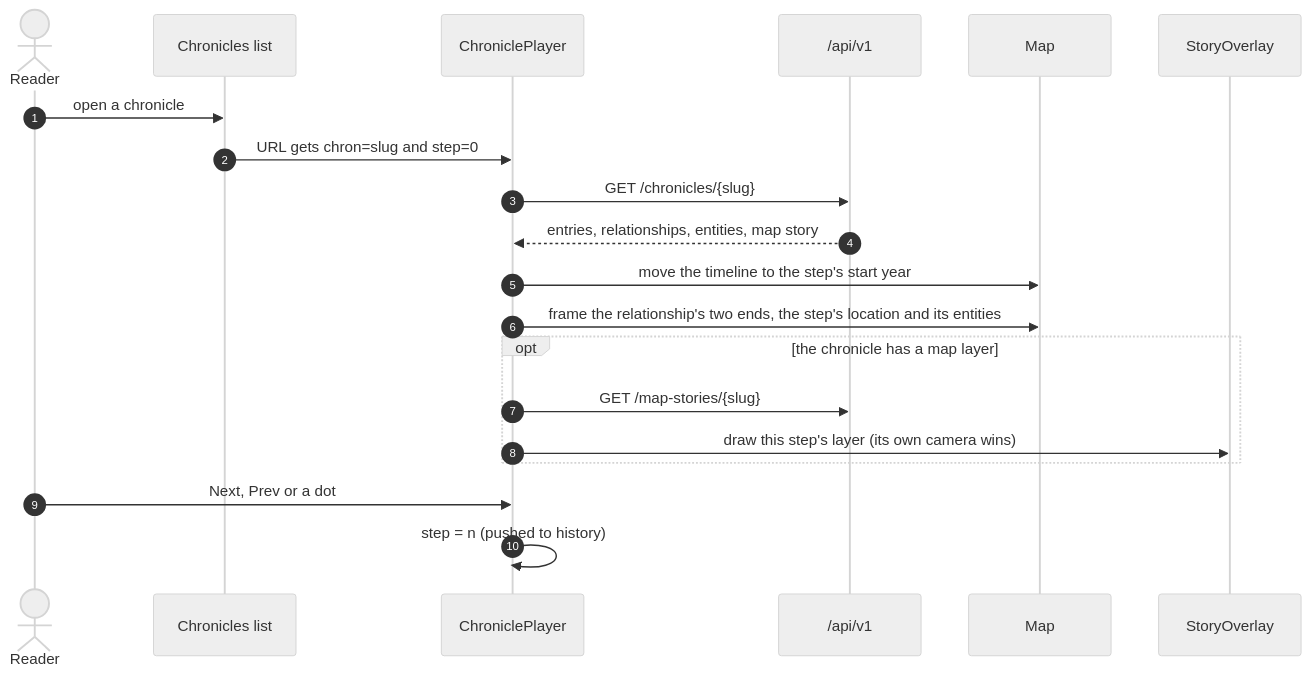
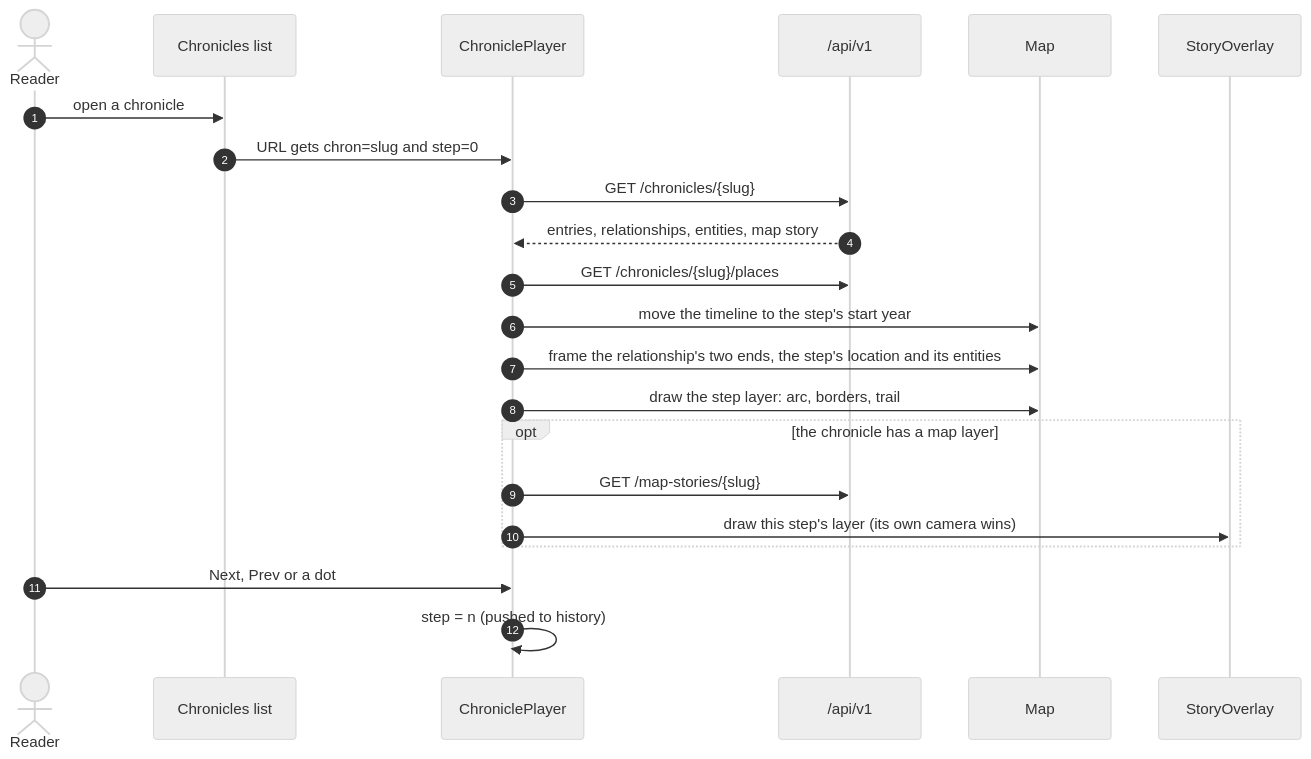
One commit to PickleSoda/history-mapped changed the fourth of 4 diagrams in docs/architecture/chronicles.md. Above: the diagram before and after it, drawn with Mermaid (neutral theme). The commit also changed other lines of this file and 16 other files, not shown here.

First line of the commit message:
feat(chronicles): each step drawn on the map: arcs, borders and a trail

````diff
--- a/docs/architecture/chronicles.md
+++ b/docs/architecture/chronicles.md
@@ -159,23 +160,25 @@
 ```mermaid
 sequenceDiagram
     autonumber
     actor U as Reader
     participant L as Chronicles list
     participant P as ChroniclePlayer
     participant API as /api/v1
     participant M as Map
     participant S as StoryOverlay
 
     U->>L: open a chronicle
     L->>P: URL gets chron=slug and step=0
     P->>API: GET /chronicles/{slug}
     API-->>P: entries, relationships, entities, map story
+    P->>API: GET /chronicles/{slug}/places
     P->>M: move the timeline to the step's start year
     P->>M: frame the relationship's two ends, the step's location and its entities
+    P->>M: draw the step layer: arc, borders, trail
     opt the chronicle has a map layer
         P->>API: GET /map-stories/{slug}
         P->>S: draw this step's layer (its own camera wins)
     end
     U->>P: Next, Prev or a dot
     P->>P: step = n (pushed to history)
 ```
````
